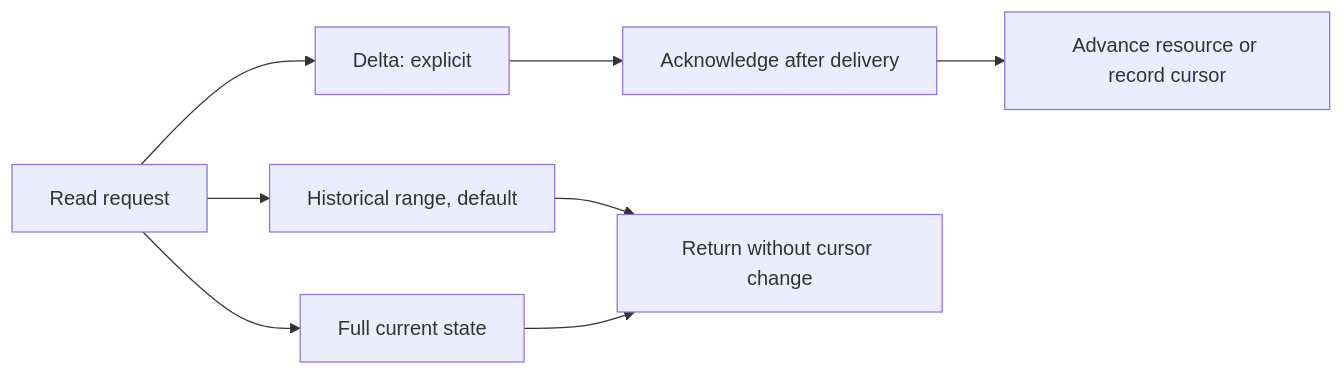
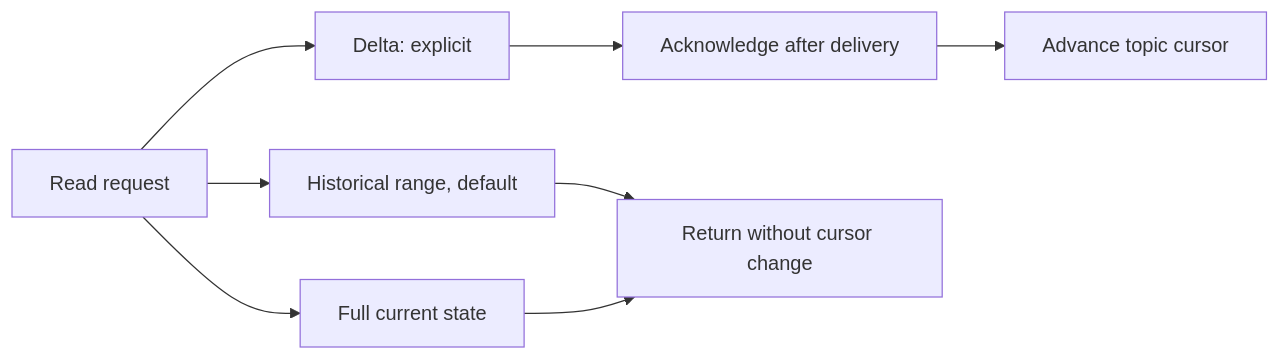
Before and after one commit to danlavee/Conductor: the third of 5 diagrams in docs/activity-diagrams.md, drawn with Mermaid. The commit also changed other lines of this file and 14 other files, not shown here.

````diff
--- a/docs/activity-diagrams.md
+++ b/docs/activity-diagrams.md
@@ -62,10 +65,10 @@
 ```mermaid
 flowchart LR
     R["Read request"] --> H["Historical range, default"]
     R --> D["Delta: explicit"]
     R --> F["Full current state"]
     D --> A["Acknowledge after delivery"]
-    A --> C["Advance resource or record cursor"]
+    A --> C["Advance topic cursor"]
     H --> N["Return without cursor change"]
     F --> N
 ```
````
